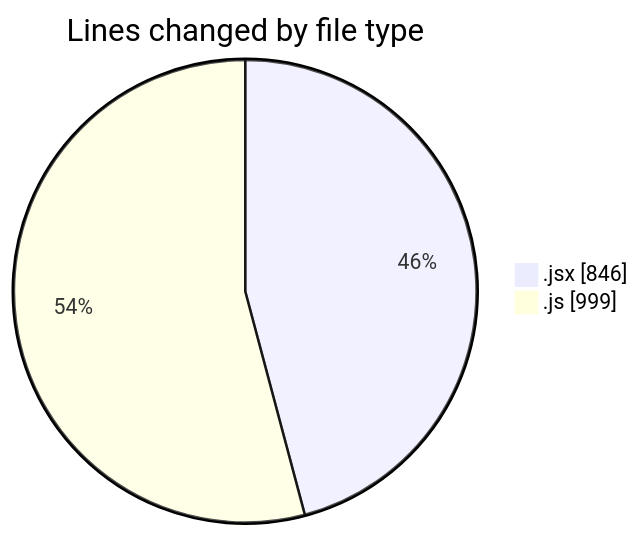
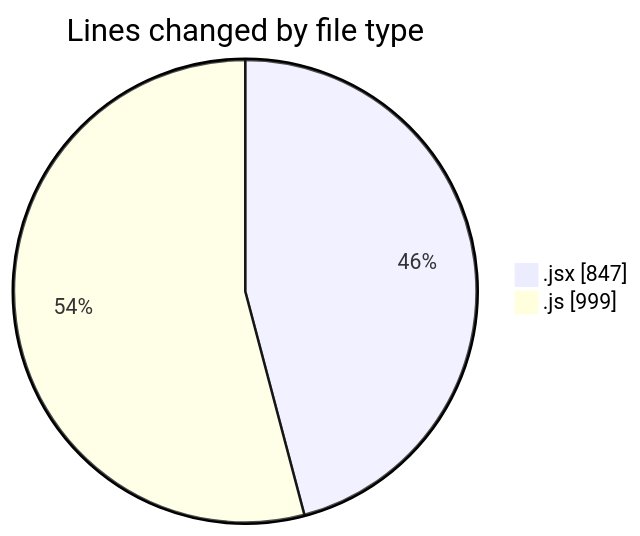
Before and after one commit to nxtqubesakshisongat/code-tracking: the first of 2 diagrams in 2025-07-25/nxtqube_webapp/README.md, drawn with Mermaid. The commit also changed other lines of this file and 1 other file, not shown here.

````diff
--- a/2025-07-25/nxtqube_webapp/README.md
+++ b/2025-07-25/nxtqube_webapp/README.md
@@ -27,6 +27,6 @@
 ```mermaid
 pie showData
 title Lines changed by file type
-".jsx" : 846
+".jsx" : 847
 ".js" : 999
 ```
````
